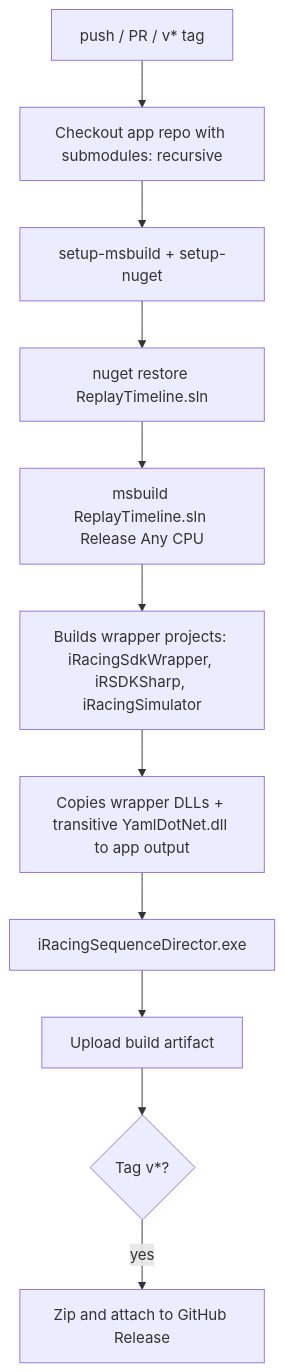
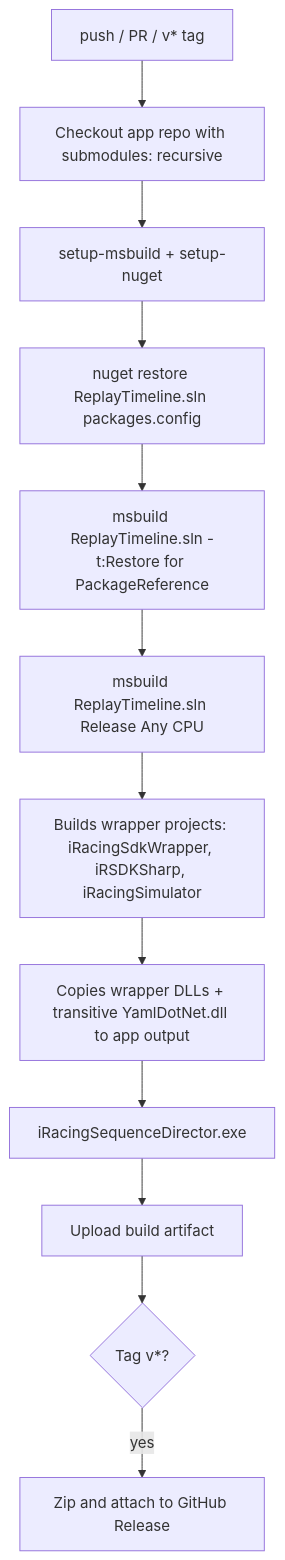
One commit to rockavoldy/iRacingReplayDirector changed the eighth of 8 diagrams in docs/FLOW.md. Above: the diagram before and after it, drawn with Mermaid. The commit also changed other lines of this file and 9 other files, not shown here.

````diff
--- a/docs/FLOW.md
+++ b/docs/FLOW.md
@@ -238,13 +240,14 @@
 ```mermaid
 flowchart TD
     A[push / PR / v* tag] --> B[Checkout app repo with submodules: recursive]
     B --> C[setup-msbuild + setup-nuget]
-    C --> D[nuget restore ReplayTimeline.sln]
-    D --> E[msbuild ReplayTimeline.sln Release Any CPU]
+    C --> D[nuget restore ReplayTimeline.sln packages.config]
+    D --> D1[msbuild ReplayTimeline.sln -t:Restore for PackageReference]
+    D1 --> E[msbuild ReplayTimeline.sln Release Any CPU]
     E --> E1[Builds wrapper projects: iRacingSdkWrapper, iRSDKSharp, iRacingSimulator]
     E1 --> E2[Copies wrapper DLLs + transitive YamlDotNet.dll to app output]
     E2 --> F[iRacingSequenceDirector.exe]
     F --> G[Upload build artifact]
     G --> H{Tag v*?}
     H -- yes --> I[Zip and attach to GitHub Release]
 ```
````
